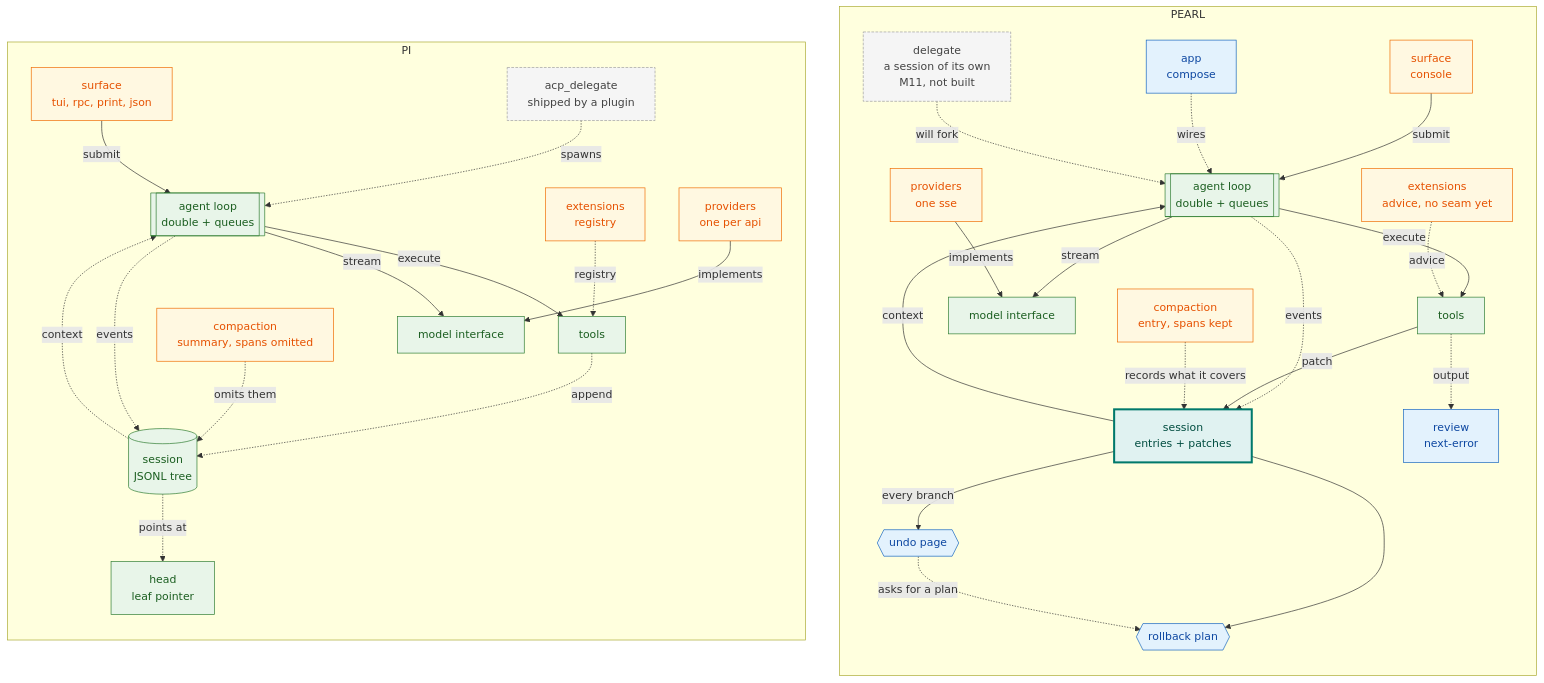
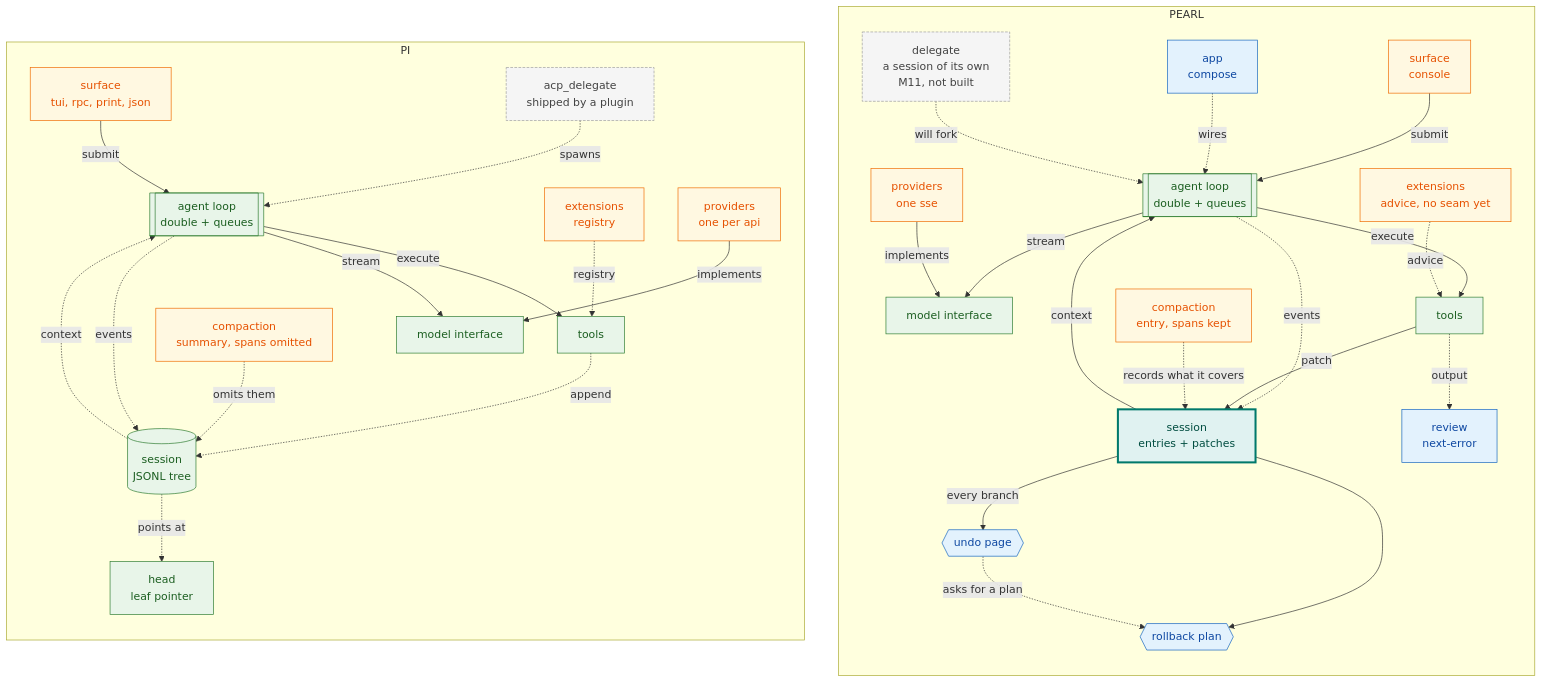
One commit to OverbearingPearl/pearl changed the diagram in README.md. Above: the diagram before and after it, drawn with Mermaid.

Commit message:
Declare the nodes before the edges, to have a say in the order
The renderer lays a rank out by barycentre, and until now the only order
it could read was the order the first edge mentioning each node appeared
in - which is why the same arrangement of edges put `tools` left of
`model interface` on one side and right of it on the other.

The PEARL half now lists its nodes first, in the order they should read
left to right, then the edges. Whether mermaid honours a declaration
order over its own barycentre is the next thing to look at in a render;
if it does not, the comment says so and the labels carry the meaning.

````diff
--- a/README.md
+++ b/README.md
@@ -139,48 +139,61 @@
 ```mermaid
 flowchart TB
   subgraph R["PEARL"]
     direction TB
-    r_surf["surface<br/>console"] -->|submit| r_loop[["agent loop<br/>double + queues"]]
-    r_app["app<br/>compose"] -.->|wires| r_loop
-    r_loop -->|execute| r_tools["tools"]
-    r_loop -->|stream| r_model["model interface"]
-    r_loop -.->|events| r_sess["session<br/>entries + patches"]
+    r_surf["surface<br/>console"]
+    r_app["app<br/>compose"]
+    r_loop[["agent loop<br/>double + queues"]]
+    r_model["model interface"]
+    r_tools["tools"]
+    r_ext["extensions<br/>advice, no seam yet"]
+    r_prov["providers<br/>one sse"]
+    r_sess["session<br/>entries + patches"]
+    r_plan{{"rollback plan"}}
+    r_time{{"undo page"}}
+    r_review["review<br/>next-error"]
+    r_compact["compaction<br/>entry, spans kept"]
+    r_delegate["delegate<br/>a session of its own<br/>M11, not built"]
+    r_surf -->|submit| r_loop
+    r_app -.->|wires| r_loop
+    r_loop -->|stream| r_model
+    r_loop -->|execute| r_tools
+    r_loop -.->|events| r_sess
     r_tools -->|patch| r_sess
     r_sess -->|context| r_loop
-    r_sess --> r_plan{{"rollback plan"}}
-    r_sess -->|every branch| r_time{{"undo page"}}
+    r_sess --> r_plan
+    r_sess -->|every branch| r_time
     r_time -.->|asks for a plan| r_plan
-    r_tools -.->|output| r_review["review<br/>next-error"]
-    r_compact["compaction<br/>entry, spans kept"] -.->|records what it covers| r_sess
-    r_delegate["delegate<br/>a session of its own<br/>M11, not built"] -.->|will fork| r_loop
-    r_ext["extensions<br/>advice, no seam yet"] -.->|advice| r_tools
-    r_prov["providers<br/>one sse"] -->|implements| r_model
+    r_tools -.->|output| r_review
+    r_compact -.->|records what it covers| r_sess
+    r_delegate -.->|will fork| r_loop
+    r_ext -.->|advice| r_tools
+    r_prov -->|implements| r_model
   end
   subgraph L["PI"]
     direction TB
     l_surf["surface<br/>tui, rpc, print, json"] -->|submit| l_loop[["agent loop<br/>double + queues"]]
     l_loop -->|execute| l_tools["tools"]
     l_loop -->|stream| l_model["model interface"]
     l_loop -.->|events| l_sess[("session<br/>JSONL tree")]
     l_tools -.->|append| l_sess
     l_sess -.->|context| l_loop
     l_sess -.->|points at| l_leaf["head<br/>leaf pointer"]
     l_compact["compaction<br/>summary, spans omitted"] -.->|omits them| l_sess
     l_delegate["acp_delegate<br/>shipped by a plugin"] -.->|spawns| l_loop
     l_ext["extensions<br/>registry"] -.->|registry| l_tools
     l_prov["providers<br/>one per api"] -->|implements| l_model
   end
   classDef keep fill:#e8f5e9,stroke:#2e7d32,color:#1b5e20
   classDef moved fill:#e0f2f1,stroke:#00796b,color:#004d40,stroke-width:3px
   classDef added fill:#e3f2fd,stroke:#1565c0,color:#0d47a1
   classDef changed fill:#fff8e1,stroke:#ef6c00,color:#e65100
   classDef planned fill:#f5f5f5,stroke:#9e9e9e,color:#424242,stroke-dasharray:4 2
   class l_loop,l_model,l_tools,l_sess,l_leaf,r_loop,r_model,r_tools keep
   class l_surf,l_ext,l_prov changed
   class r_surf,r_ext,r_prov changed
   class l_compact,r_compact changed
   class r_app added
   class r_sess moved
   class r_plan,r_time,r_review added
   class l_delegate,r_delegate planned
 ```
````
